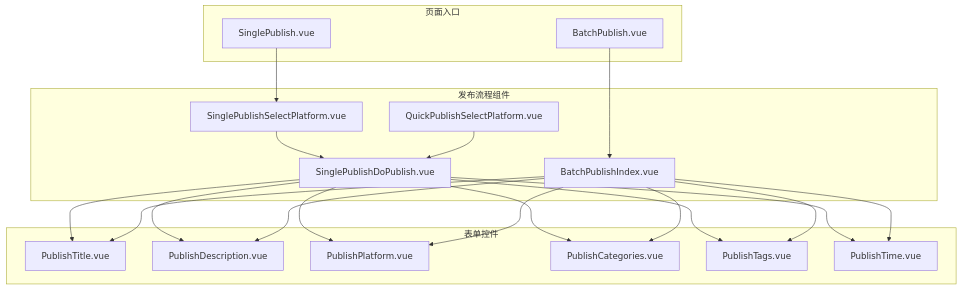
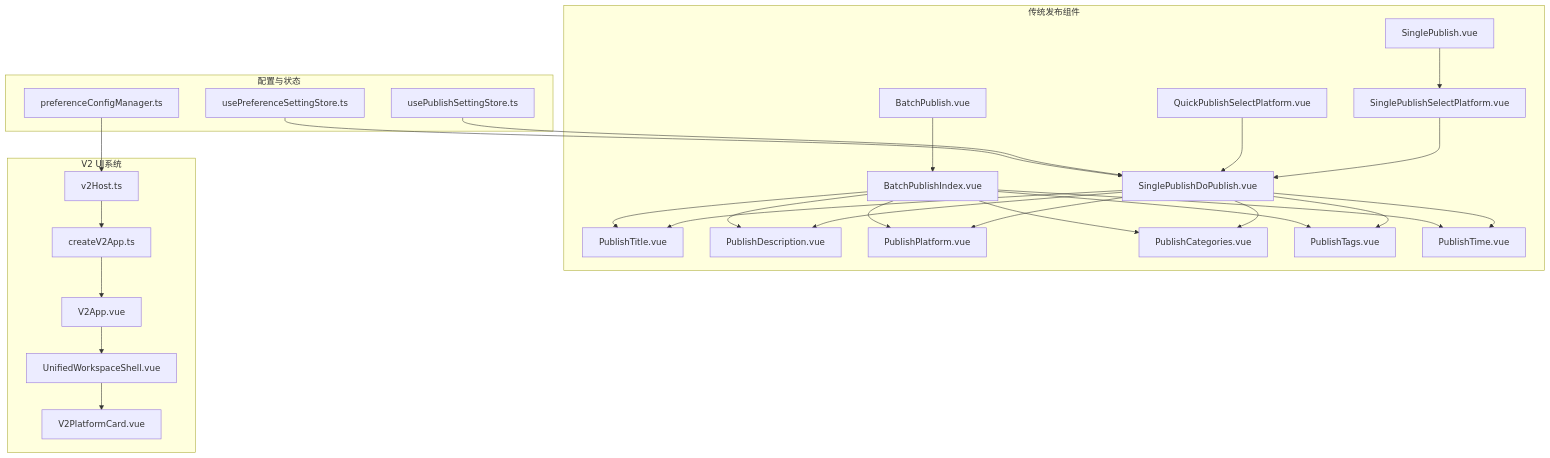
One commit to terwer/siyuan-plugin-publisher changed the first of 4 diagrams in .qoder/repowiki/zh/content/用户界面组件/发布组件/发布组件.md. Above: the diagram before and after it, drawn with Mermaid. The commit also changed other lines of this file and 18 other files, not shown here.

First line of the commit message:
docs(core-architecture): add detailed Composition API design patterns document

````diff
--- a/.qoder/repowiki/zh/content/用户界面组件/发布组件/发布组件.md
+++ b/.qoder/repowiki/zh/content/用户界面组件/发布组件/发布组件.md
@@ -46,37 +71,52 @@
 ```mermaid
 graph TB
-subgraph "页面入口"
+subgraph "传统发布组件"
 SP["SinglePublish.vue"]
 BP["BatchPublish.vue"]
-end
-subgraph "发布流程组件"
 SPS["SinglePublishSelectPlatform.vue"]
 SPD["SinglePublishDoPublish.vue"]
 BPI["BatchPublishIndex.vue"]
 QPS["QuickPublishSelectPlatform.vue"]
-end
-subgraph "表单控件"
 PT["PublishTitle.vue"]
 PD["PublishDescription.vue"]
 PP["PublishPlatform.vue"]
 PC["PublishCategories.vue"]
 PTA["PublishTags.vue"]
 PTI["PublishTime.vue"]
+end
+subgraph "V2 UI系统"
+V2A["V2App.vue"]
+UWS["UnifiedWorkspaceShell.vue"]
+V2PC["V2PlatformCard.vue"]
+CV2["createV2App.ts"]
+V2H["v2Host.ts"]
+end
+subgraph "配置与状态"
+PREF["preferenceConfigManager.ts"]
+PREFSTORE["usePublishSettingStore.ts"]
+PREFSTORE2["usePreferenceSettingStore.ts"]
 end
 SP --> SPS
 BP --> BPI
 SPS --> SPD
 SPD --> PT
 SPD --> PD
 SPD --> PP
 SPD --> PC
 SPD --> PTA
 SPD --> PTI
 BPI --> PP
 BPI --> PT
 BPI --> PD
 BPI --> PC
 BPI --> PTA
 BPI --> PTI
 QPS --> SPD
+V2A --> UWS
+UWS --> V2PC
+CV2 --> V2A
+V2H --> CV2
+PREF --> V2H
+PREFSTORE --> SPD
+PREFSTORE2 --> SPD
 ```
````
